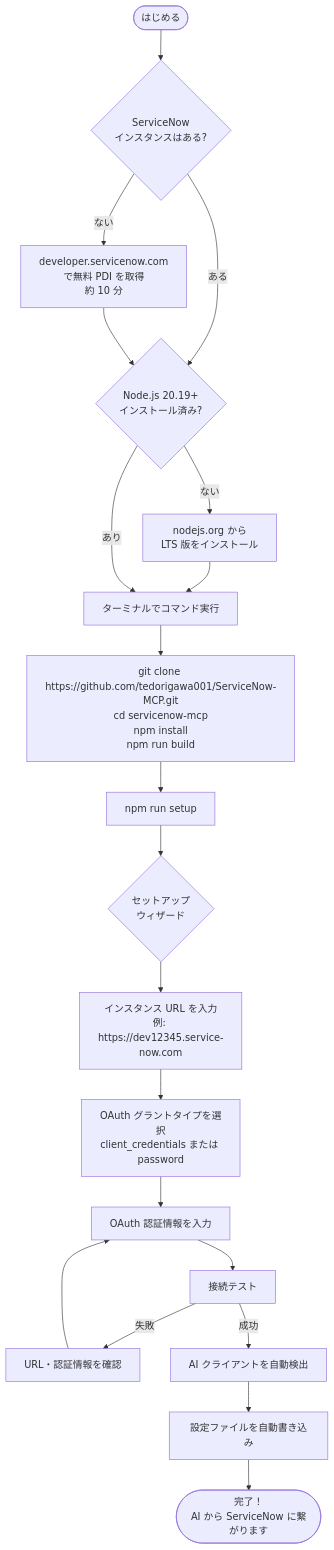
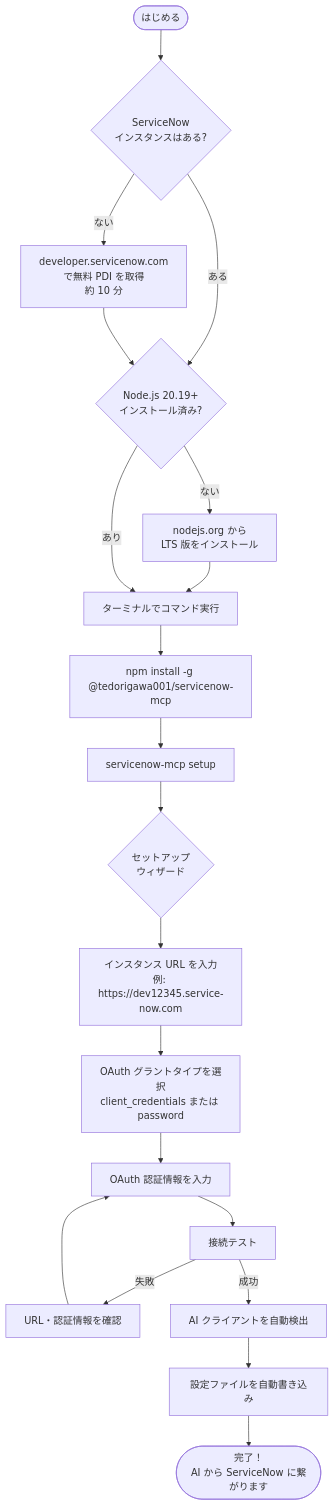
One commit to tedorigawa001/ServiceNow-MCP changed the third of 10 diagrams in README.md. Above: the diagram before and after it, drawn with Mermaid. The commit also changed other lines of this file and 1 other file, not shown here.

First line of the commit message:
npm 公開対応: パッケージ名を @tedorigawa001/servicenow-mcp に変更

````diff
--- a/README.md
+++ b/README.md
@@ -99,23 +100,23 @@
 ```mermaid
 flowchart TD
     A([はじめる]) --> B{ServiceNow\nインスタンスはある?}
     B -->|ない| C[developer.servicenow.com\nで無料 PDI を取得\n約 10 分]
     B -->|ある| D
     C --> D{Node.js 20.19+\nインストール済み?}
     D -->|ない| E[nodejs.org から\nLTS 版をインストール]
     E --> F
     D -->|あり| F[ターミナルでコマンド実行]
 
-    F --> G["git clone https://github.com/tedorigawa001/ServiceNow-MCP.git\ncd servicenow-mcp\nnpm install\nnpm run build"]
-    G --> H["npm run setup"]
+    F --> G["npm install -g @tedorigawa001/servicenow-mcp"]
+    G --> H["servicenow-mcp setup"]
     H --> I{セットアップ\nウィザード}
     I --> J[インスタンス URL を入力\n例: https://dev12345.service-now.com]
     J --> K[OAuth グラントタイプを選択\nclient_credentials または password]
     K --> L[OAuth 認証情報を入力]
     L --> M[接続テスト]
     M -->|失敗| N[URL・認証情報を確認]
     N --> L
     M -->|成功| O[AI クライアントを自動検出]
     O --> P[設定ファイルを自動書き込み]
     P --> Q([完了！\nAI から ServiceNow に繋がります])
 ```
````
